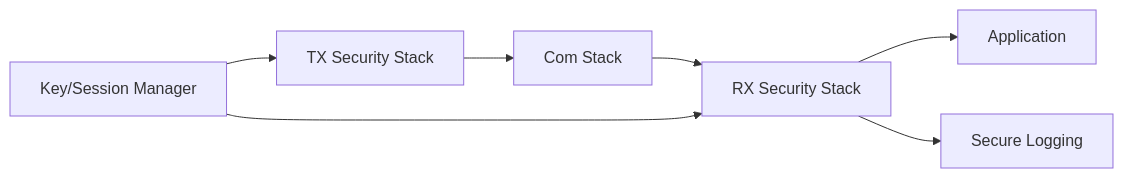
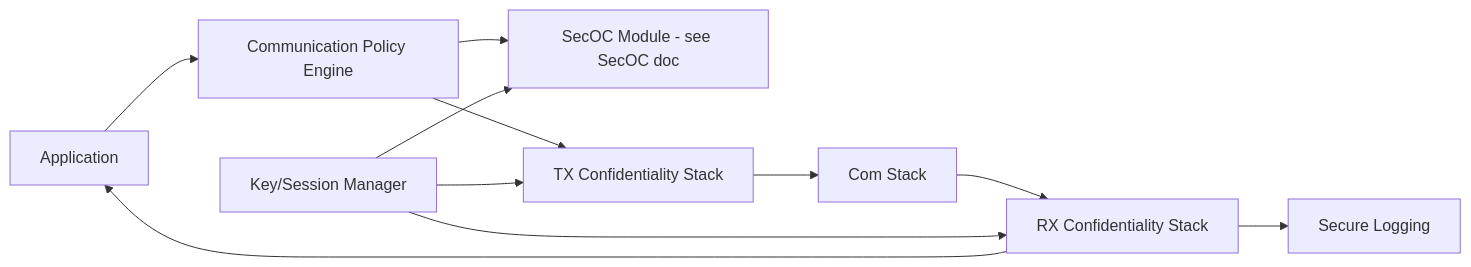
One commit to vinodneelakantam/Sec_Concepts_Req_tracability changed the third of 4 diagrams in TDA4VM_Secure_Communication_Requirements.md. Above: the diagram before and after it, drawn with Mermaid. The commit also changed other lines of this file and 5 other files, not shown here.

````diff
--- a/TDA4VM_Secure_Communication_Requirements.md
+++ b/TDA4VM_Secure_Communication_Requirements.md
@@ -107,9 +112,13 @@
 ```mermaid
 graph LR
-  TXS[TX Security Stack] --> NET[Com Stack]
-  NET --> RXS[RX Security Stack]
-  RXS --> APP[Application]
+  APP[Application] --> POL[Communication Policy Engine]
+  POL --> SECOC[SecOC Module - see SecOC doc]
+  POL --> TXS[TX Confidentiality Stack]
+  TXS --> NET[Com Stack]
+  NET --> RXS[RX Confidentiality Stack]
+  RXS --> APP
   KEY[Key/Session Manager] --> TXS
   KEY --> RXS
+  KEY --> SECOC
   RXS --> LOG[Secure Logging]
 ```
````
